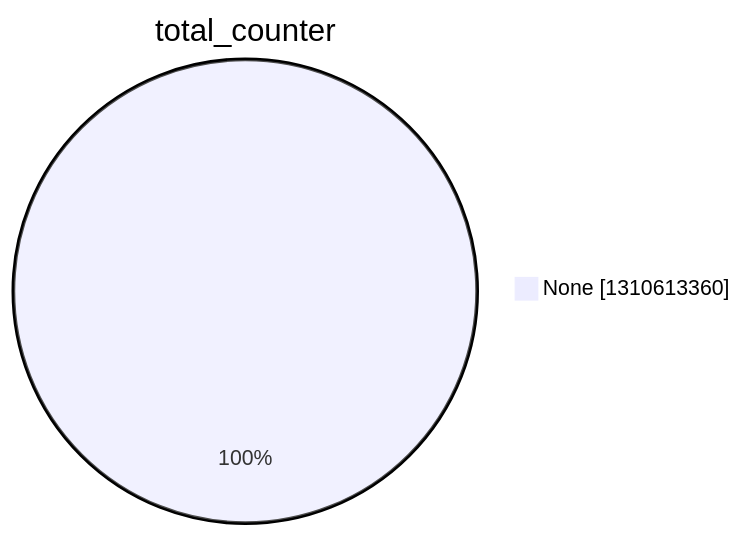
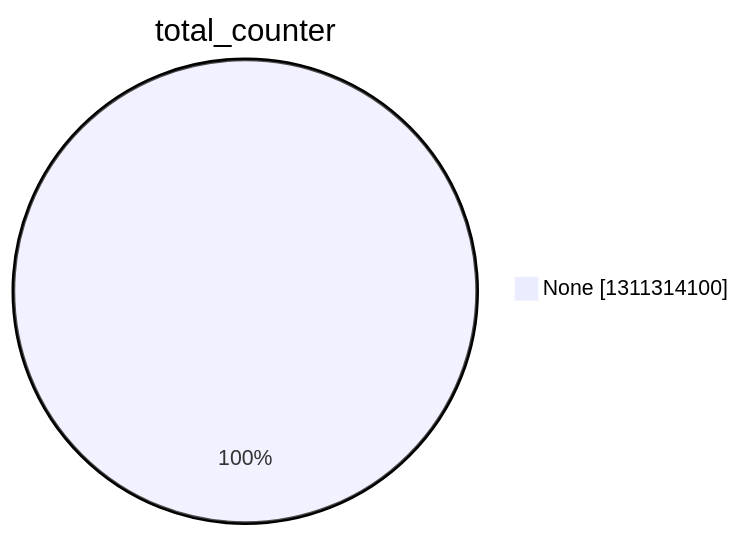
The second of 15 diagrams in argon2022/README.md (christiankrug/ctmonitor_visualization), drawn with Mermaid before and after one commit. The commit also changed other lines of this file, not shown here.

````diff
--- a/argon2022/README.md
+++ b/argon2022/README.md
@@ -9,5 +9,5 @@
 ```mermaid
 pie showData
 title total_counter
-"None" :1310613360
+"None" :1311314100
 ```
````
